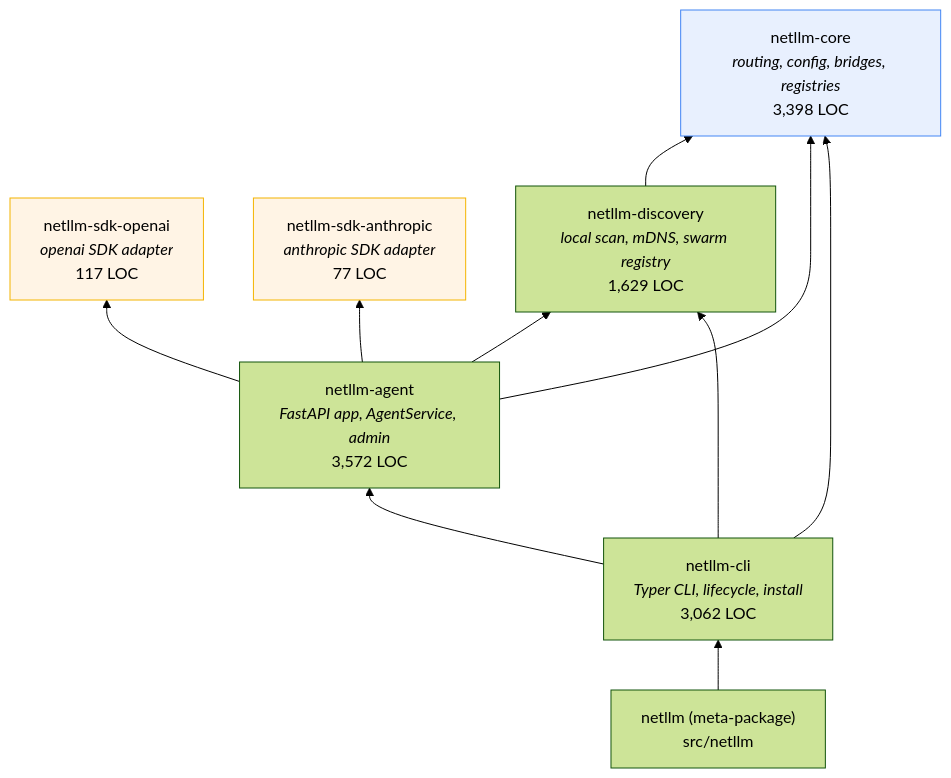
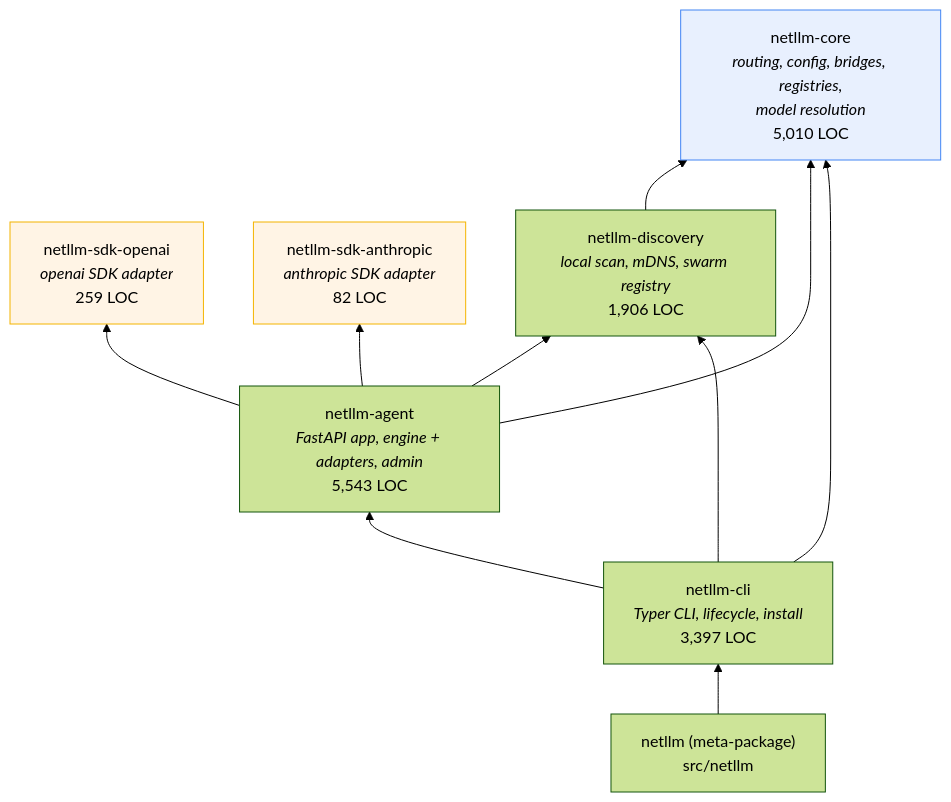
Before and after one commit to matthewdcage/llm-swarm-router: the first of 5 diagrams in docs/architecture/02-component-architecture.md, drawn with Mermaid (forest theme). The commit also changed other lines of this file and 77 other files, not shown here.

````diff
--- a/docs/architecture/02-component-architecture.md
+++ b/docs/architecture/02-component-architecture.md
@@ -5,24 +5,24 @@
 ```mermaid
 flowchart BT
-    core["netllm-core<br/><i>routing, config, bridges, registries</i><br/>3,398 LOC"]
-    oai["netllm-sdk-openai<br/><i>openai SDK adapter</i><br/>117 LOC"]
-    ant["netllm-sdk-anthropic<br/><i>anthropic SDK adapter</i><br/>77 LOC"]
-    disc["netllm-discovery<br/><i>local scan, mDNS, swarm registry</i><br/>1,629 LOC"]
-    agent["netllm-agent<br/><i>FastAPI app, AgentService, admin</i><br/>3,572 LOC"]
-    cli["netllm-cli<br/><i>Typer CLI, lifecycle, install</i><br/>3,062 LOC"]
+    core["netllm-core<br/><i>routing, config, bridges, registries,<br/>model resolution</i><br/>5,010 LOC"]
+    oai["netllm-sdk-openai<br/><i>openai SDK adapter</i><br/>259 LOC"]
+    ant["netllm-sdk-anthropic<br/><i>anthropic SDK adapter</i><br/>82 LOC"]
+    disc["netllm-discovery<br/><i>local scan, mDNS, swarm registry</i><br/>1,906 LOC"]
+    agent["netllm-agent<br/><i>FastAPI app, engine + adapters, admin</i><br/>5,543 LOC"]
+    cli["netllm-cli<br/><i>Typer CLI, lifecycle, install</i><br/>3,397 LOC"]
     meta["netllm (meta-package)<br/>src/netllm"]
 
     disc --> core
     agent --> core
     agent --> oai
     agent --> ant
     agent --> disc
     cli --> core
     cli --> disc
     cli --> agent
     meta --> cli
 
     style core fill:#e8f0fe,stroke:#4285f4
     style oai fill:#fff4e5,stroke:#f4b400
     style ant fill:#fff4e5,stroke:#f4b400
 ```
````
